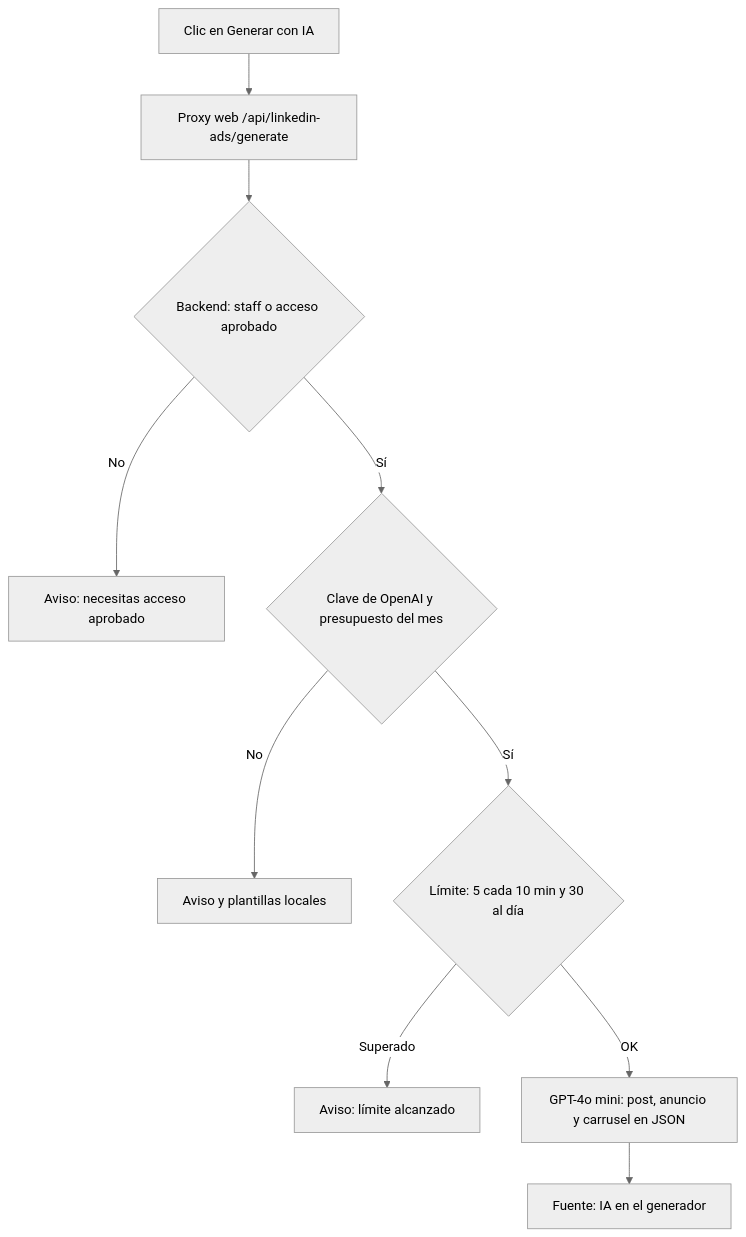
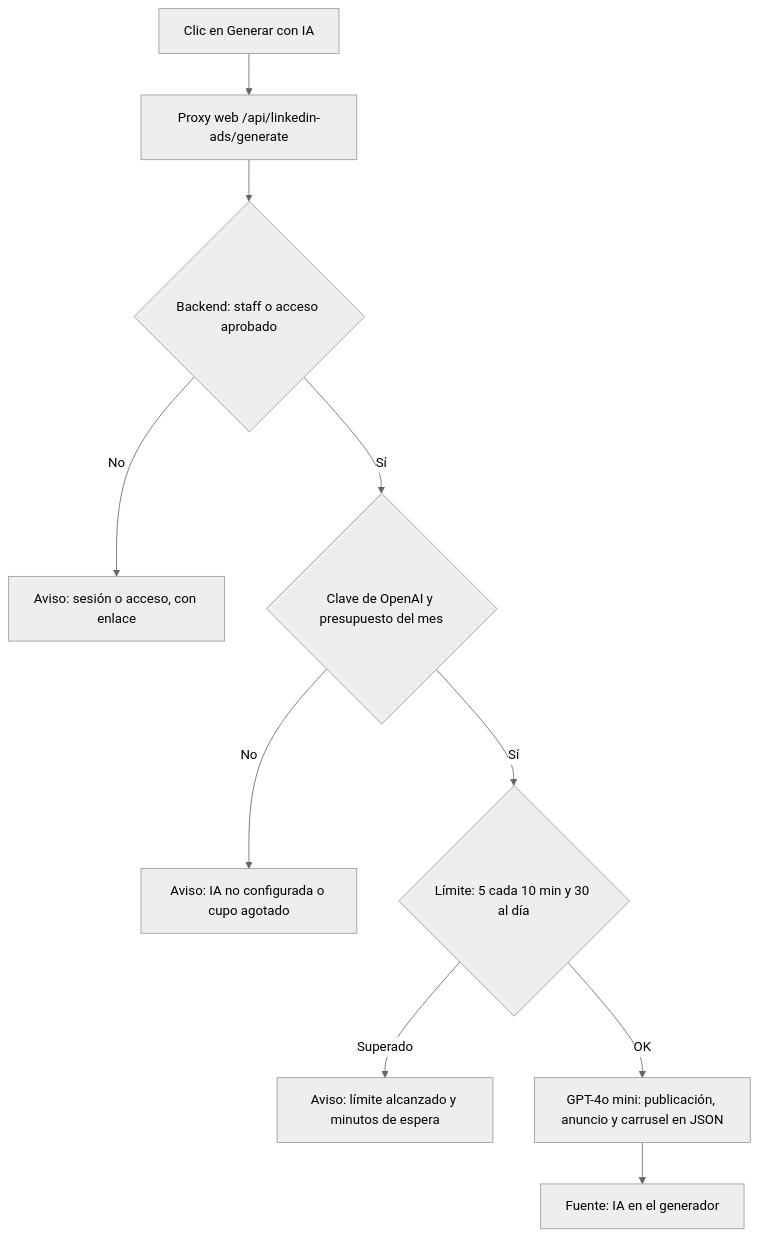
The diagram in docs/wiki/Guia-Demo-linkedin-ads.md (ronalc90/koptup), drawn with Mermaid (neutral theme) before and after one commit. The commit also changed other lines of this file and 28 other files, not shown here.

````diff
--- a/docs/wiki/Guia-Demo-linkedin-ads.md
+++ b/docs/wiki/Guia-Demo-linkedin-ads.md
@@ -109,12 +144,12 @@
 ```mermaid
 flowchart TD
     A["Clic en Generar con IA"] --> B["Proxy web /api/linkedin-ads/generate"]
     B --> C{"Backend: staff o acceso aprobado"}
-    C -- "No" --> X["Aviso: necesitas acceso aprobado"]
+    C -- "No" --> X["Aviso: sesión o acceso, con enlace"]
     C -- "Sí" --> D{"Clave de OpenAI y presupuesto del mes"}
-    D -- "No" --> Y["Aviso y plantillas locales"]
+    D -- "No" --> Y["Aviso: IA no configurada o cupo agotado"]
     D -- "Sí" --> E{"Límite: 5 cada 10 min y 30 al día"}
-    E -- "Superado" --> Z["Aviso: límite alcanzado"]
-    E -- "OK" --> F["GPT-4o mini: post, anuncio y carrusel en JSON"]
+    E -- "Superado" --> Z["Aviso: límite alcanzado y minutos de espera"]
+    E -- "OK" --> F["GPT-4o mini: publicación, anuncio y carrusel en JSON"]
     F --> G["Fuente: IA en el generador"]
 ```
````
